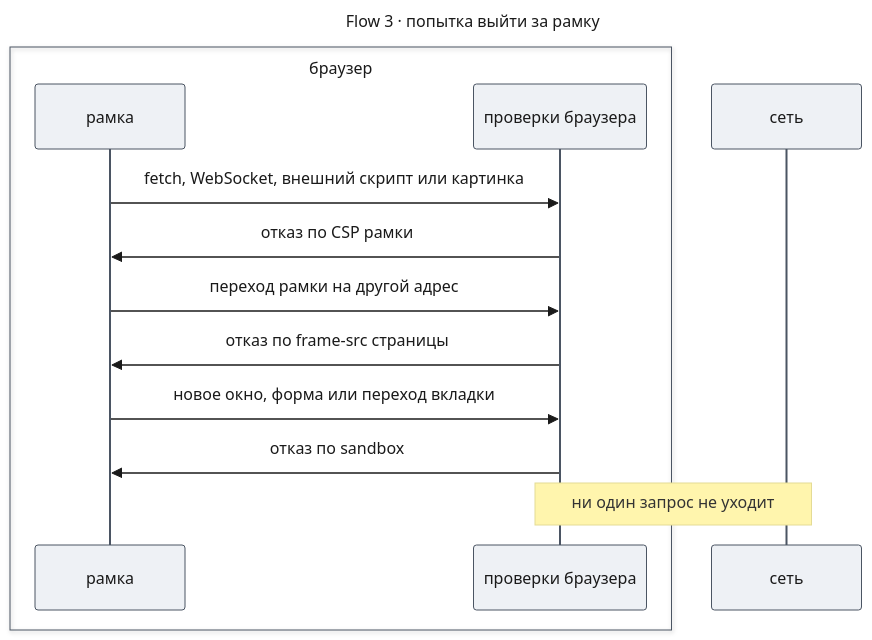
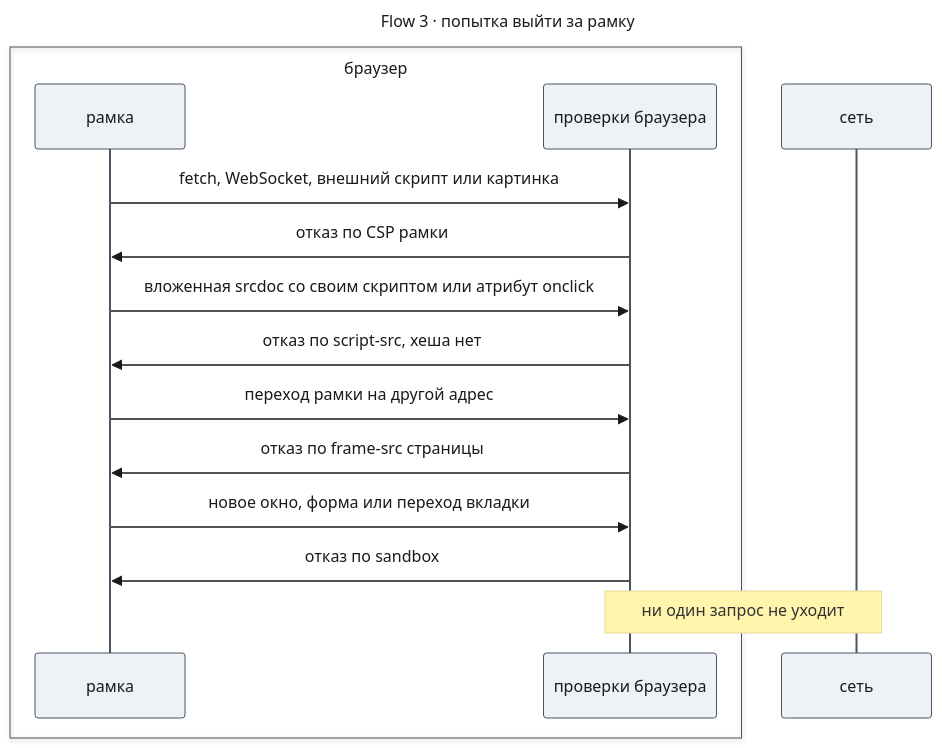
The fifth of 6 diagrams in docs/features/theming/design-inline-vis.md (tundraray/agent-os), drawn with Mermaid before and after one commit. The commit also changed other lines of this file, not shown here.

Commit message:
docs: block WebRTC by script hashes and confirm links in the visualization design

````diff
--- a/docs/features/theming/design-inline-vis.md
+++ b/docs/features/theming/design-inline-vis.md
@@ -380,34 +431,38 @@
 ```mermaid
 ---
 title: "Flow 3 · попытка выйти за рамку"
 config:
   theme: base
   look: classic
   themeVariables:
     primaryColor: "#eef1f5"
     primaryBorderColor: "#4b5563"
     primaryTextColor: "#1a1a1a"
     lineColor: "#6b7280"
   themeCSS: |
-    @keyframes lit_iv6{0%,15%{stroke:#991b1b;stroke-width:6px}16.67%,100%{stroke:#37474f;stroke-width:2px}}
-    .messageLine0[data-id='i0'],.messageLine1[data-id='i0']{animation:lit_iv6 7.2s linear 0s infinite}
-    .messageLine0[data-id='i1'],.messageLine1[data-id='i1']{animation:lit_iv6 7.2s linear 1.2s infinite}
-    .messageLine0[data-id='i2'],.messageLine1[data-id='i2']{animation:lit_iv6 7.2s linear 2.4s infinite}
-    .messageLine0[data-id='i3'],.messageLine1[data-id='i3']{animation:lit_iv6 7.2s linear 3.6s infinite}
-    .messageLine0[data-id='i4'],.messageLine1[data-id='i4']{animation:lit_iv6 7.2s linear 4.8s infinite}
-    .messageLine0[data-id='i5'],.messageLine1[data-id='i5']{animation:lit_iv6 7.2s linear 6s infinite}
+    @keyframes lit_iv6{0%,11.25%{stroke:#991b1b;stroke-width:6px}12.5%,100%{stroke:#37474f;stroke-width:2px}}
+    .messageLine0[data-id='i0'],.messageLine1[data-id='i0']{animation:lit_iv6 9.6s linear 0s infinite}
+    .messageLine0[data-id='i1'],.messageLine1[data-id='i1']{animation:lit_iv6 9.6s linear 1.2s infinite}
+    .messageLine0[data-id='i2'],.messageLine1[data-id='i2']{animation:lit_iv6 9.6s linear 2.4s infinite}
+    .messageLine0[data-id='i3'],.messageLine1[data-id='i3']{animation:lit_iv6 9.6s linear 3.6s infinite}
+    .messageLine0[data-id='i4'],.messageLine1[data-id='i4']{animation:lit_iv6 9.6s linear 4.8s infinite}
+    .messageLine0[data-id='i5'],.messageLine1[data-id='i5']{animation:lit_iv6 9.6s linear 6s infinite}
+    .messageLine0[data-id='i6'],.messageLine1[data-id='i6']{animation:lit_iv6 9.6s linear 7.2s infinite}
+    .messageLine0[data-id='i7'],.messageLine1[data-id='i7']{animation:lit_iv6 9.6s linear 8.4s infinite}
 ---
 sequenceDiagram
     box браузер
         participant Frame as рамка
         participant Chrome as проверки браузера
     end
     participant Net as сеть
     Frame->>Chrome: fetch, WebSocket, внешний скрипт или картинка
     Chrome->>Frame: отказ по CSP рамки
+    Frame->>Chrome: вложенная srcdoc со своим скриптом или атрибут onclick
+    Chrome->>Frame: отказ по script-src, хеша нет
     Frame->>Chrome: переход рамки на другой адрес
     Chrome->>Frame: отказ по frame-src страницы
     Frame->>Chrome: новое окно, форма или переход вкладки
     Chrome->>Frame: отказ по sandbox
     Note over Chrome,Net: ни один запрос не уходит
 ```
````
